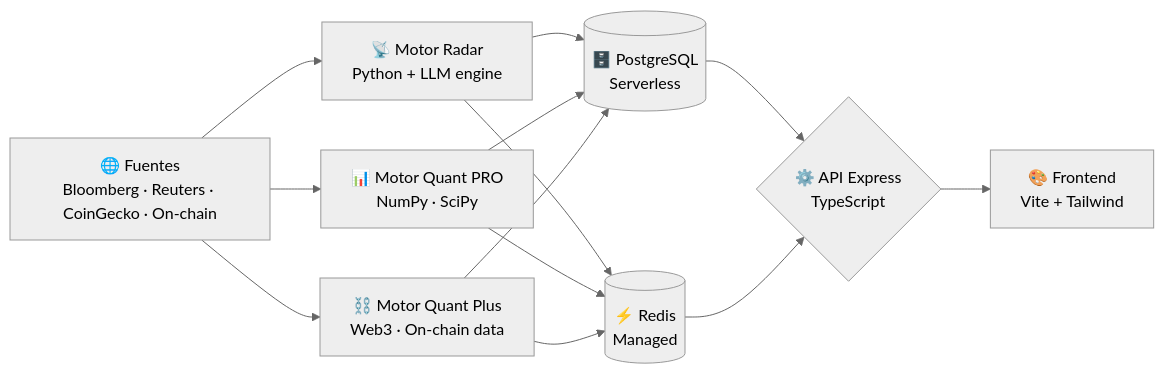
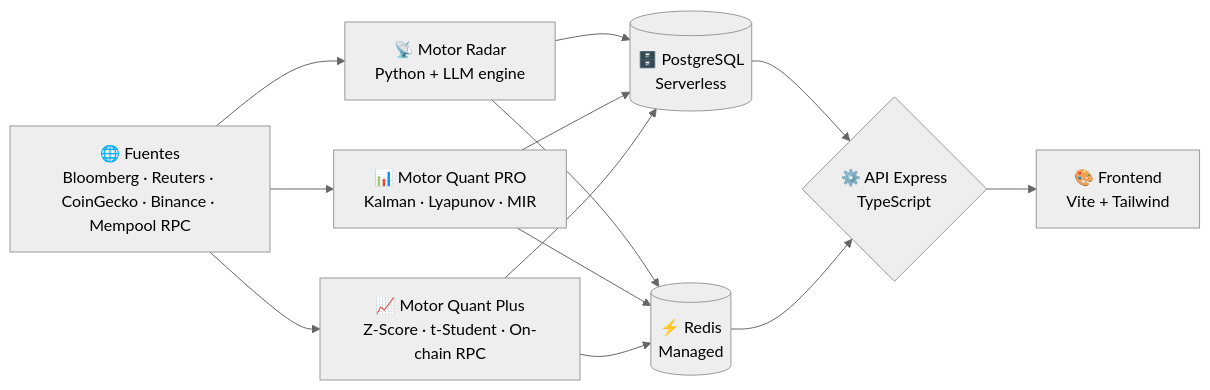
One commit to Jegoba90/CryptoCapy-Portfolio changed the diagram in README.md. Above: the diagram before and after it, drawn with Mermaid (neutral theme). The commit also changed other lines of this file, not shown here.

````diff
--- a/README.md
+++ b/README.md
@@ -153,15 +163,15 @@
 ```mermaid
 flowchart LR
-    A["🌐 Fuentes<br/>Bloomberg · Reuters · CoinGecko · On-chain"] --> B["📡 Motor Radar<br/>Python + LLM engine"]
-    A --> C["📊 Motor Quant PRO<br/>NumPy · SciPy"]
-    A --> D["⛓️ Motor Quant Plus<br/>Web3 · On-chain data"]
+    A["🌐 Fuentes<br/>Bloomberg · Reuters · CoinGecko · Binance · Mempool RPC"] --> B["📡 Motor Radar<br/>Python + LLM engine"]
+    A --> C["📊 Motor Quant PRO<br/>Kalman · Lyapunov · MIR"]
+    A --> D["📈 Motor Quant Plus<br/>Z-Score · t-Student · On-chain RPC"]
     B --> E[("🗄️ PostgreSQL<br/>Serverless")]
     C --> E
     D --> E
     B --> F[("⚡ Redis<br/>Managed")]
     C --> F
     D --> F
     E --> G{"⚙️ API Express<br/>TypeScript"}
     F --> G
     G --> H["🎨 Frontend<br/>Vite + Tailwind"]
 ```
````
